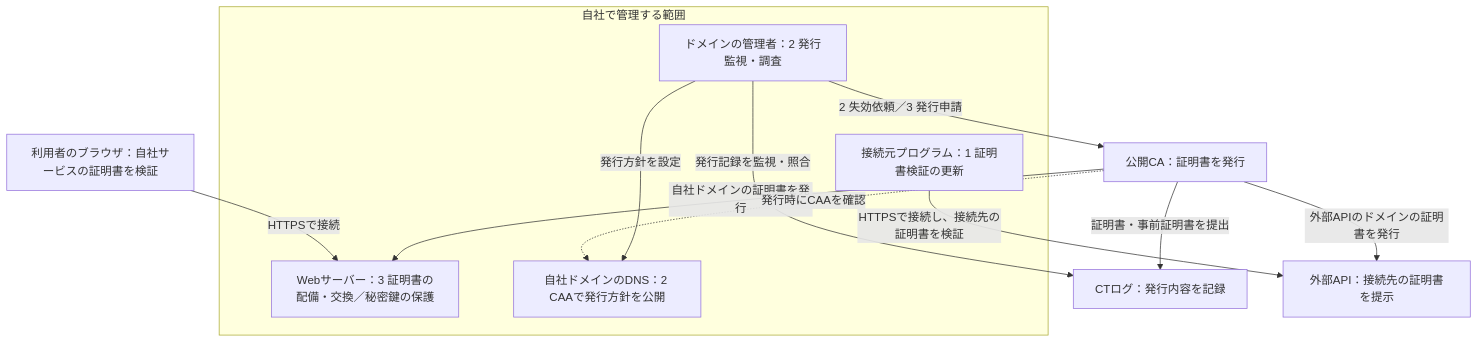
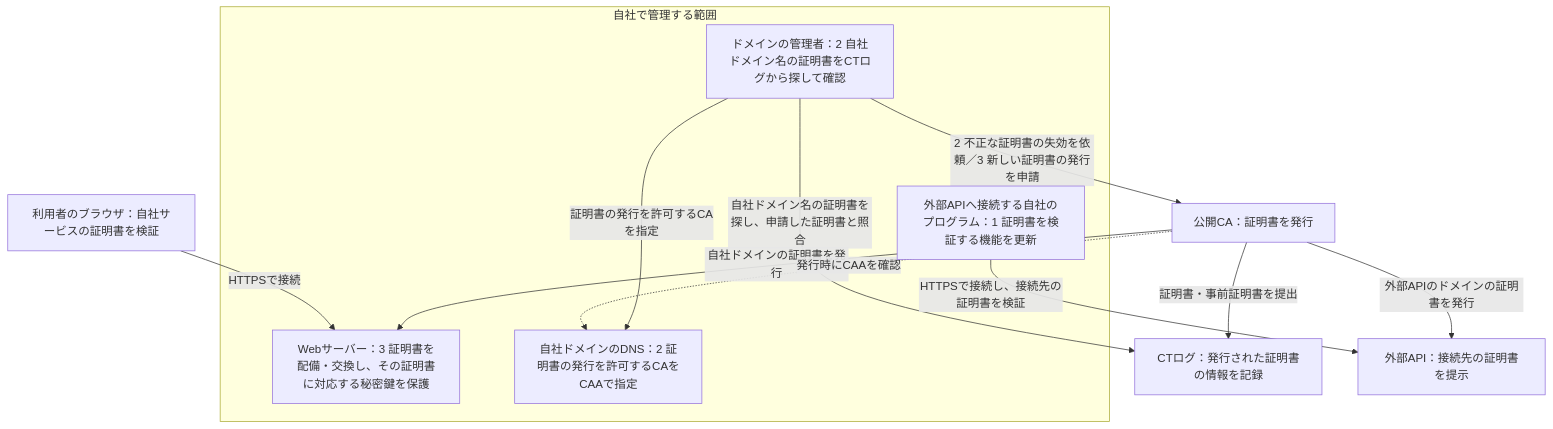
One commit to aurora1530/learning-materials changed the eighth of 10 diagrams in docs/security/20261113-tls-pki-emudhra.md. Above: the diagram before and after it, drawn with Mermaid. The commit also changed other lines of this file, not shown here.

````diff
--- a/docs/security/20261113-tls-pki-emudhra.md
+++ b/docs/security/20261113-tls-pki-emudhra.md
@@ -280,22 +273,22 @@
 ```mermaid
 flowchart TD
     Browser["利用者のブラウザ：自社サービスの証明書を検証"]
     CA["公開CA：証明書を発行"]
-    Log["CTログ：発行内容を記録"]
+    Log["CTログ：発行された証明書の情報を記録"]
     Remote["外部API：接続先の証明書を提示"]
     subgraph Own["自社で管理する範囲"]
-        Web["Webサーバー：3 証明書の配備・交換／秘密鍵の保護"]
-        Client["接続元プログラム：1 証明書検証の更新"]
-        Admin["ドメインの管理者：2 発行監視・調査"]
-        DNS["自社ドメインのDNS：2 CAAで発行方針を公開"]
+        Web["Webサーバー：3 証明書を配備・交換し、その証明書に対応する秘密鍵を保護"]
+        Client["外部APIへ接続する自社のプログラム：1 証明書を検証する機能を更新"]
+        Admin["ドメインの管理者：2 自社ドメイン名の証明書をCTログから探して確認"]
+        DNS["自社ドメインのDNS：2 証明書の発行を許可するCAをCAAで指定"]
     end
     Browser -->|HTTPSで接続| Web
     CA -->|自社ドメインの証明書を発行| Web
     CA -->|証明書・事前証明書を提出| Log
     CA -. 発行時にCAAを確認 .-> DNS
     Client -->|HTTPSで接続し、接続先の証明書を検証| Remote
     CA -->|外部APIのドメインの証明書を発行| Remote
-    Admin -->|発行記録を監視・照合| Log
-    Admin -->|2 失効依頼／3 発行申請| CA
-    Admin -->|発行方針を設定| DNS
+    Admin -->|自社ドメイン名の証明書を探し、申請した証明書と照合| Log
+    Admin -->|2 不正な証明書の失効を依頼／3 新しい証明書の発行を申請| CA
+    Admin -->|証明書の発行を許可するCAを指定| DNS
 ```
````
